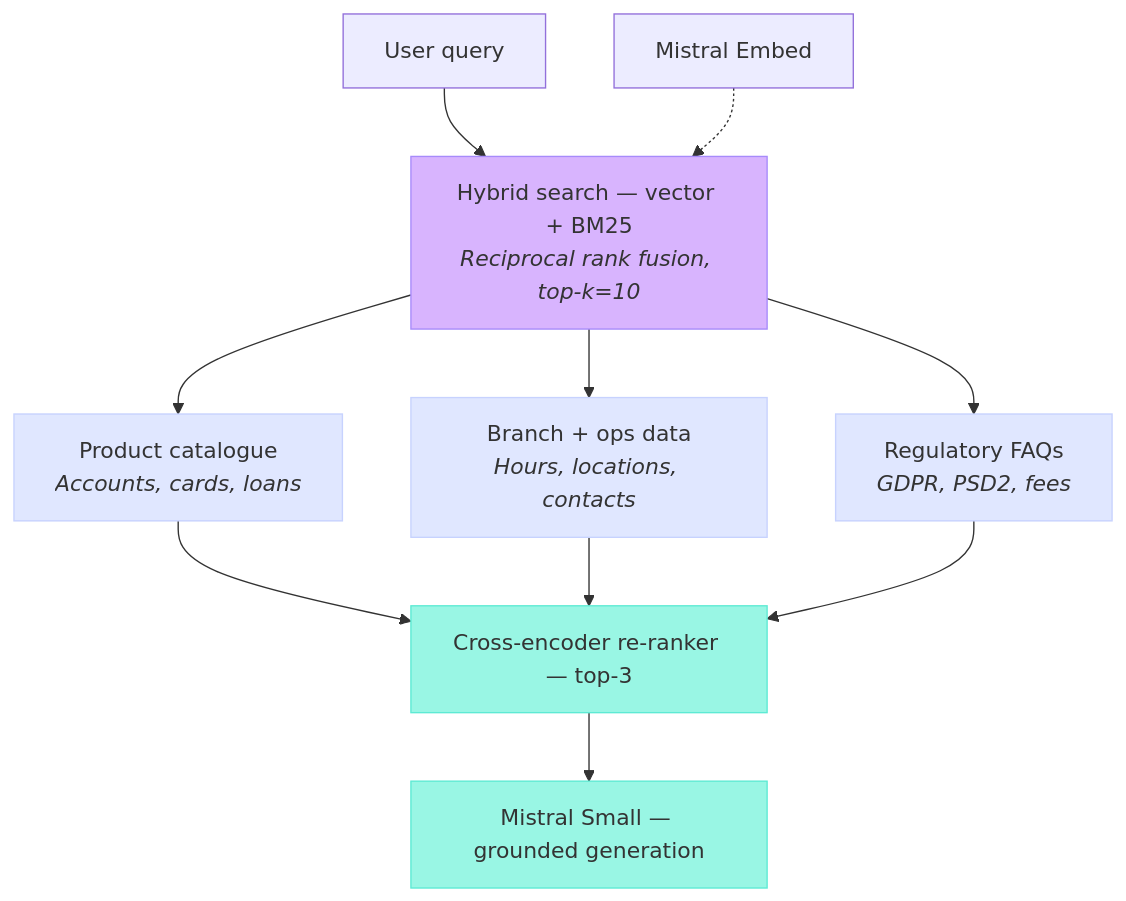
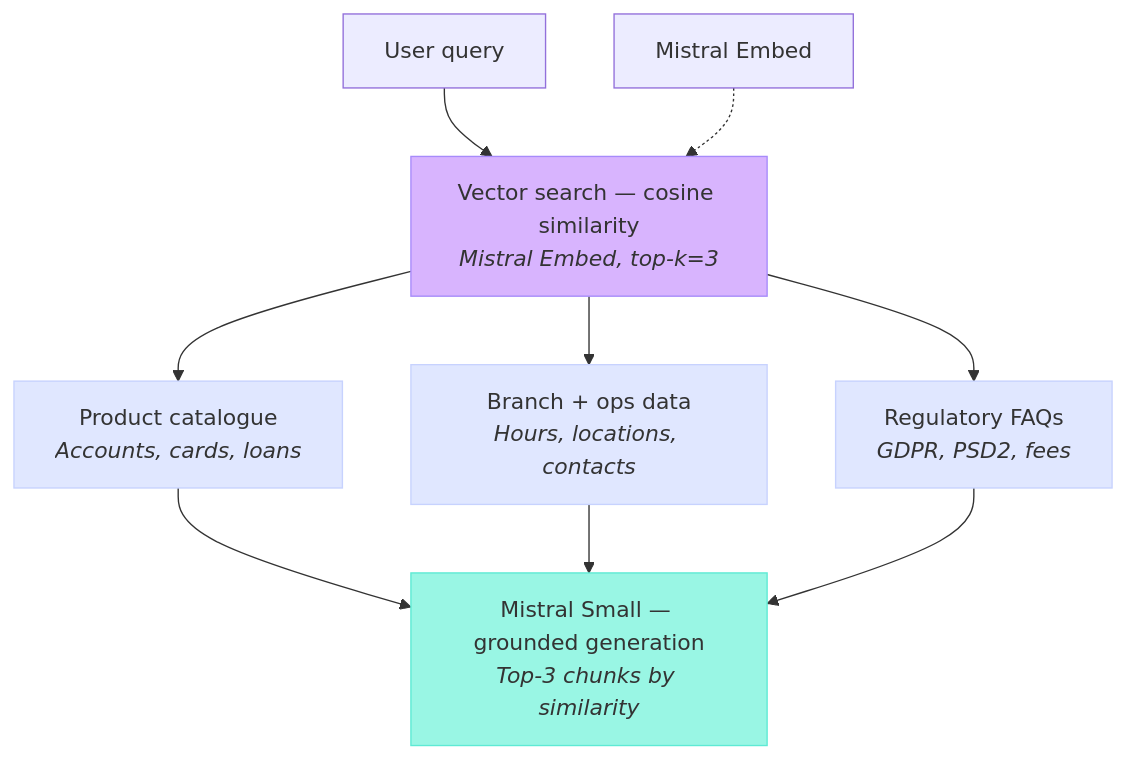
The third of 7 diagrams in README.md (andreadhelpra/retail-banking-chatbot), drawn with Mermaid before and after one commit. The commit also changed other lines of this file and 1 other file, not shown here.

````diff
--- a/README.md
+++ b/README.md
@@ -118,17 +118,15 @@
 ```mermaid
 flowchart TD
-    A[User query] --> C[Hybrid search — vector + BM25<br/><i>Reciprocal rank fusion, top-k=10</i>]
+    A[User query] --> C[Vector search — cosine similarity<br/><i>Mistral Embed, top-k=3</i>]
     B[Mistral Embed] -.-> C
     C --> D1[Product catalogue<br/><i>Accounts, cards, loans</i>]
     C --> D2[Branch + ops data<br/><i>Hours, locations, contacts</i>]
     C --> D3[Regulatory FAQs<br/><i>GDPR, PSD2, fees</i>]
-    D1 & D2 & D3 --> E[Cross-encoder re-ranker — top-3]
-    E --> F[Mistral Small — grounded generation]
+    D1 & D2 & D3 --> F[Mistral Small — grounded generation<br/><i>Top-3 chunks by similarity</i>]
 
     style C fill:#d8b4fe,stroke:#a78bfa
-    style E fill:#99f6e4,stroke:#5eead4
     style F fill:#99f6e4,stroke:#5eead4
     style D1 fill:#e0e7ff,stroke:#c7d2fe
     style D2 fill:#e0e7ff,stroke:#c7d2fe
     style D3 fill:#e0e7ff,stroke:#c7d2fe
 ```
````
